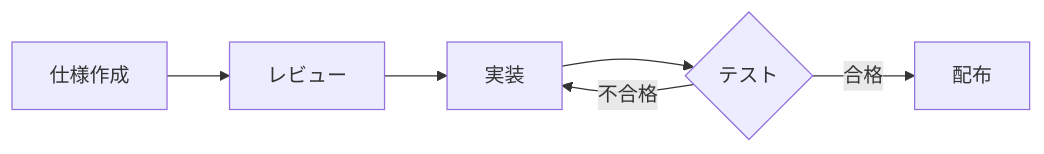
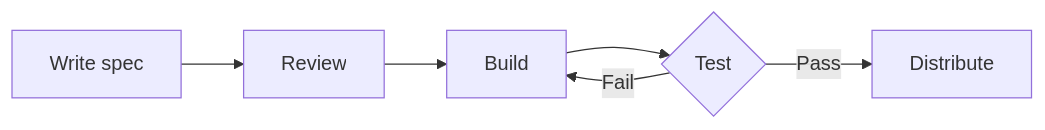
One commit to ParticlePudding/mdfolio changed the first of 2 diagrams in sample.md. Above: the diagram before and after it, drawn with Mermaid. The commit also changed other lines of this file and 41 other files, not shown here.

````diff
--- a/sample.md
+++ b/sample.md
@@ -97,8 +97,8 @@
 ```mermaid
 flowchart LR
-  A[仕様作成] --> B[レビュー]
-  B --> C[実装]
-  C --> D{テスト}
-  D -->|合格| E[配布]
-  D -->|不合格| C
+  A[Write spec] --> B[Review]
+  B --> C[Build]
+  C --> D{Test}
+  D -->|Pass| E[Distribute]
+  D -->|Fail| C
 ```
````
